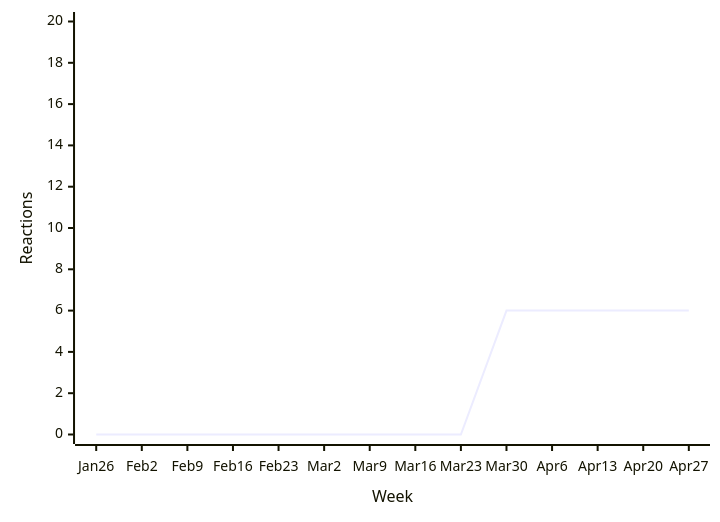
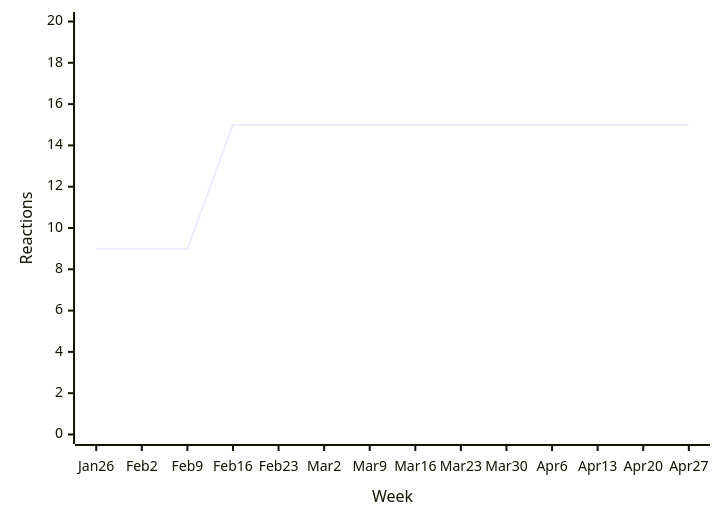
One commit to loic-sharma/github-insights changed diagram 38 of 58 in README.md. Above: the diagram before and after it, drawn with Mermaid. The commit also changed other lines of this file and 3 other files, not shown here.

````diff
--- a/README.md
+++ b/README.md
@@ -293,6 +968,6 @@
   ```mermaid
   xychart-beta
     x-axis "Week" [Jan 26, Feb 2, Feb 9, Feb 16, Feb 23, Mar 2, Mar 9, Mar 16, Mar 23, Mar 30, Apr 6, Apr 13, Apr 20, Apr 27]
     y-axis "Reactions" 0 --> 20
-    line [0, 0, 0, 0, 0, 0, 0, 0, 0, 6, 6, 6, 6, 6]
+    line [9, 9, 9, 15, 15, 15, 15, 15, 15, 15, 15, 15, 15, 15]
   ```
````
